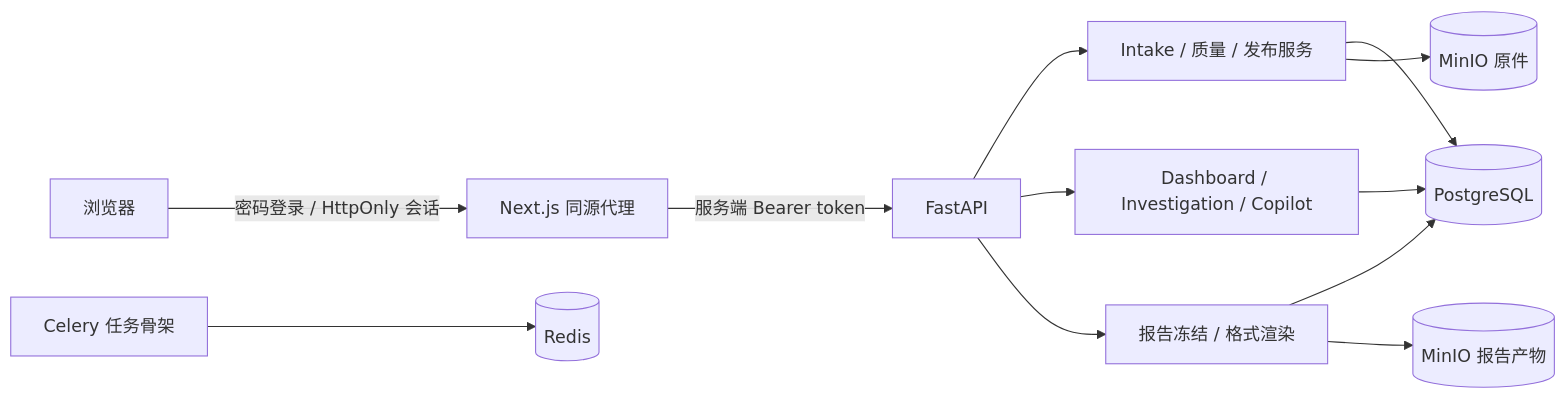
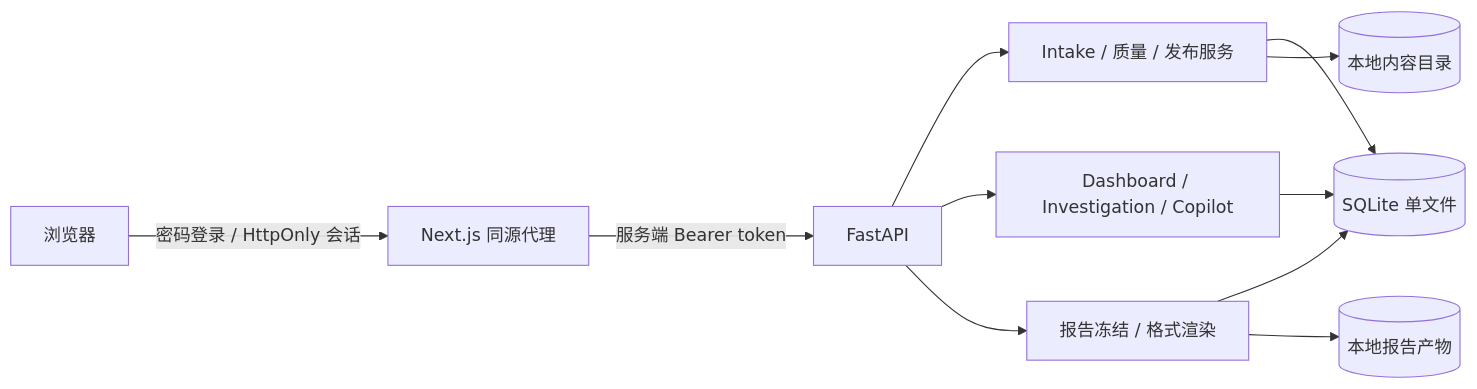
The first of 2 diagrams in docs/architecture/flow-v1-runtime.md (davyzhong/FLOW), drawn with Mermaid before and after one commit. The commit also changed other lines of this file and 47 other files, not shown here.

````diff
--- a/docs/architecture/flow-v1-runtime.md
+++ b/docs/architecture/flow-v1-runtime.md
@@ -36,14 +34,13 @@
 ```mermaid
 flowchart LR
   B[浏览器] -->|密码登录 / HttpOnly 会话| W[Next.js 同源代理]
   W -->|服务端 Bearer token| A[FastAPI]
   A --> I[Intake / 质量 / 发布服务]
   A --> D[Dashboard / Investigation / Copilot]
   A --> P[报告冻结 / 格式渲染]
-  I --> DB[(PostgreSQL)]
-  I --> S[(MinIO 原件)]
+  I --> DB[(SQLite 单文件)]
+  I --> S[(本地内容目录)]
   D --> DB
   P --> DB
-  P --> O[(MinIO 报告产物)]
-  C[Celery 任务骨架] --> R[(Redis)]
+  P --> O[(本地报告产物)]
 ```
````
